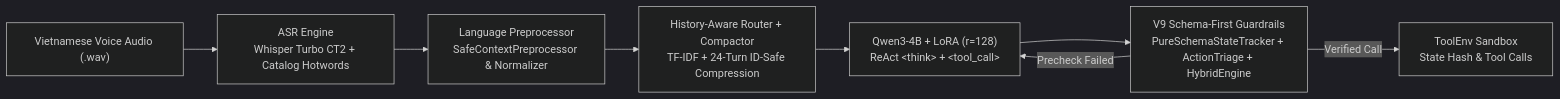
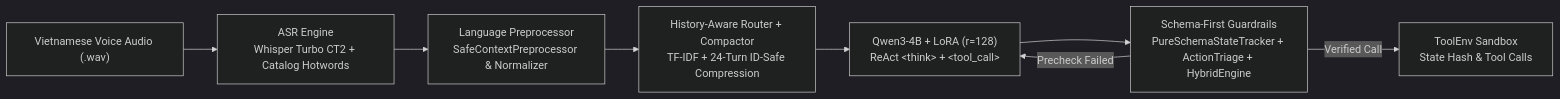
The diagram in README.md (Phongkarazz/lifemate-vietnamese-voice-agent), drawn with Mermaid (dark theme) before and after one commit. The commit also changed other lines of this file and 8 other files, not shown here.

````diff
--- a/README.md
+++ b/README.md
@@ -64,10 +64,10 @@
 ```mermaid
 flowchart LR
     A["Vietnamese Voice Audio (.wav)"] --> B["ASR Engine<br/>Whisper Turbo CT2 + Catalog Hotwords"]
     B --> C["Language Preprocessor<br/>SafeContextPreprocessor & Normalizer"]
     C --> D["History-Aware Router + Compactor<br/>TF-IDF + 24-Turn ID-Safe Compression"]
     D --> E["Qwen3-4B + LoRA (r=128)<br/>ReAct &lt;think&gt; + &lt;tool_call&gt;"]
-    E --> F["V9 Schema-First Guardrails<br/>PureSchemaStateTracker + ActionTriage + HybridEngine"]
+    E --> F["Schema-First Guardrails<br/>PureSchemaStateTracker + ActionTriage + HybridEngine"]
     F -->|Precheck Failed| E
     F -->|Verified Call| G["ToolEnv Sandbox<br/>State Hash & Tool Calls"]
 ```
````
